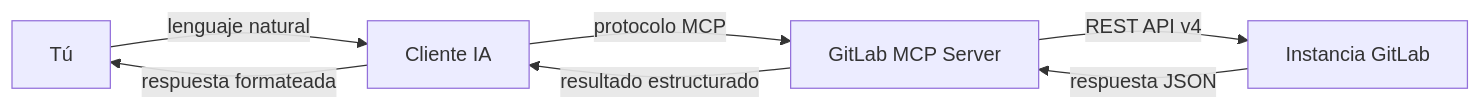
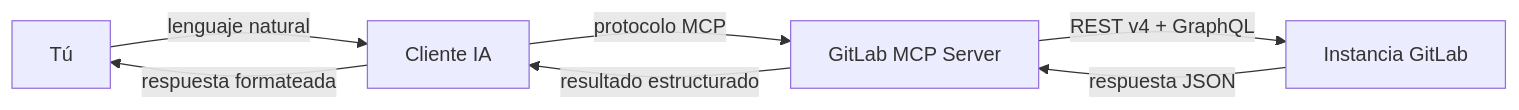
Before and after one commit to jmrplens/gitlab-mcp-server: the diagram in site/src/content/docs/es/index.mdx, drawn with Mermaid. The commit also changed other lines of this file and 135 other files, not shown here.

````diff
--- a/site/src/content/docs/es/index.mdx
+++ b/site/src/content/docs/es/index.mdx
@@ -151,9 +151,9 @@
 ```mermaid
 graph LR
     A[Tú] -->|lenguaje natural| B[Cliente IA]
     B -->|protocolo MCP| C[GitLab MCP Server]
-    C -->|REST API v4| D[Instancia GitLab]
+    C -->|REST v4 + GraphQL| D[Instancia GitLab]
     D -->|respuesta JSON| C
     C -->|resultado estructurado| B
     B -->|respuesta formateada| A
 ```
````
